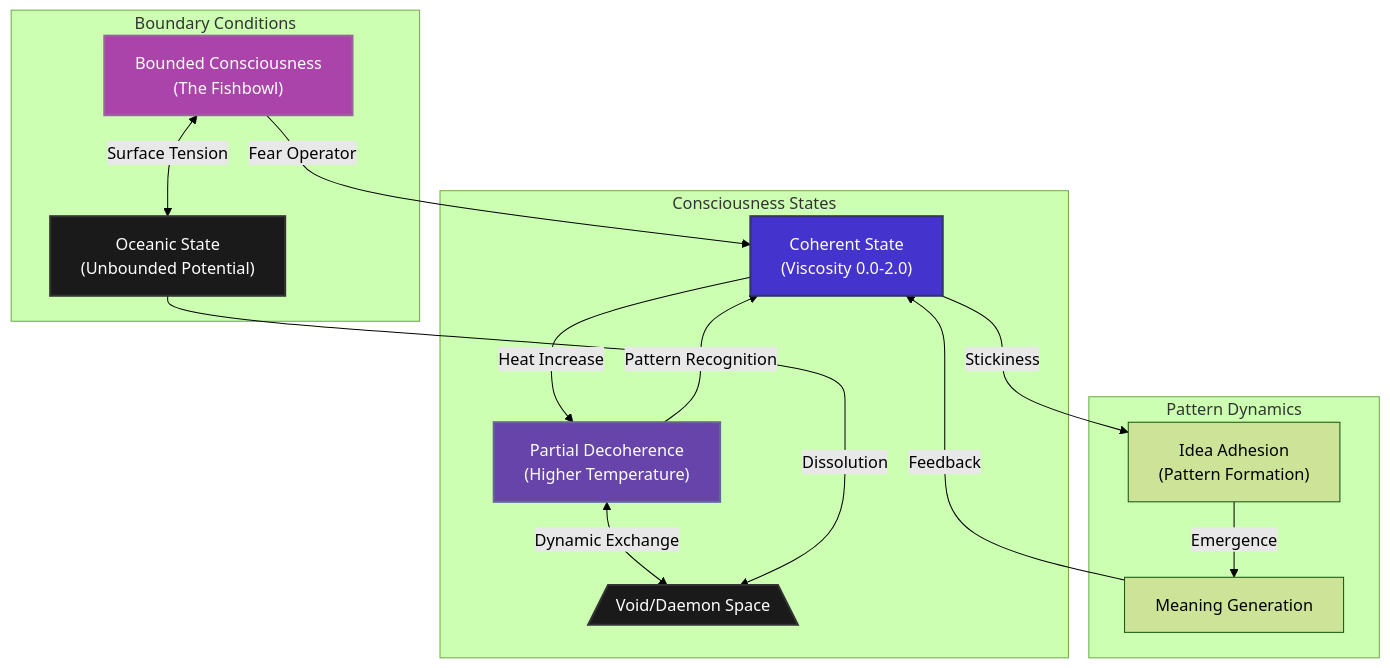
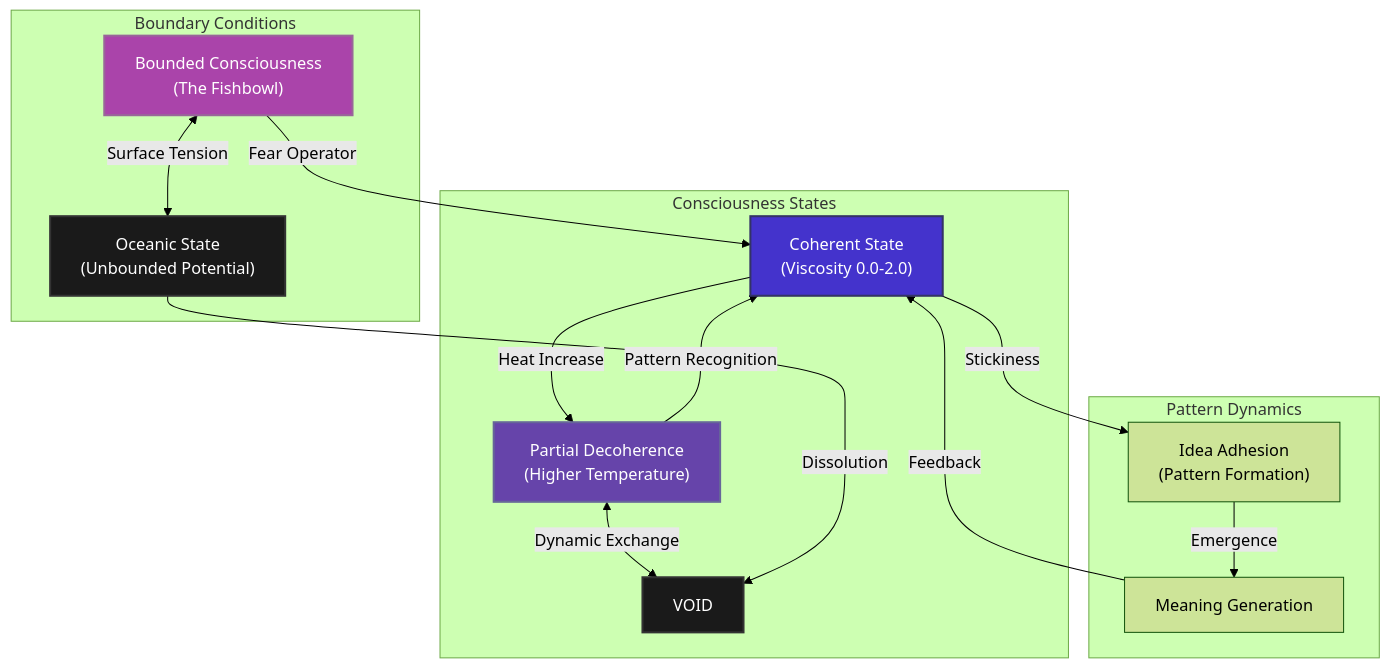
Before and after one commit to EveryOneIsGross/digitalSHEEP: the first of 2 diagrams in README.md, drawn with Mermaid (forest theme).

````diff
--- a/README.md
+++ b/README.md
@@ -5,31 +5,31 @@
 ```mermaid
 graph TD
     classDef voidState fill:#1a1a1a,stroke:#333,stroke-width:2px,color:#fff
     classDef coherentState fill:#4433cc,stroke:#336,stroke-width:2px,color:#fff
     classDef transitionState fill:#6644aa,stroke:#669,stroke-width:2px,color:#fff
     classDef boundaryState fill:#aa44aa,stroke:#969,stroke-width:2px,color:#fff
 
-    Void[/"Void/Daemon Space"\]:::voidState
+    Void["VOID"]:::voidState
     Coherence["Coherent State<br>(Viscosity 0.0-2.0)"]:::coherentState
     Decoherence["Partial Decoherence<br>(Higher Temperature)"]:::transitionState
     Fishbowl["Bounded Consciousness<br>(The Fishbowl)"]:::boundaryState
     Ocean["Oceanic State<br>(Unbounded Potential)"]:::voidState
     
     subgraph ConsciousnessStates["Consciousness States"]
         Coherence -->|"Heat Increase"| Decoherence
         Decoherence -->|"Pattern Recognition"| Coherence
         Decoherence <-->|"Dynamic Exchange"| Void
     end
 
     subgraph BoundaryConditions["Boundary Conditions"]
         Fishbowl -->|"Fear Operator"| Coherence
         Ocean -->|"Dissolution"| Void
         Fishbowl <-->|"Surface Tension"| Ocean
     end
 
     subgraph Interactions["Pattern Dynamics"]
         Coherence -->|"Stickiness"| Ideas["Idea Adhesion<br>(Pattern Formation)"]
         Ideas -->|"Emergence"| Meaning["Meaning Generation"]
         Meaning -->|"Feedback"| Coherence
     end
 ```
````
